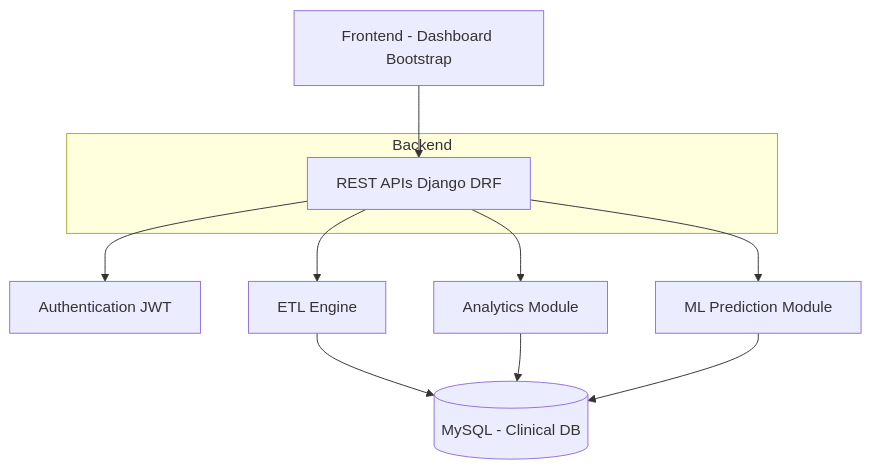
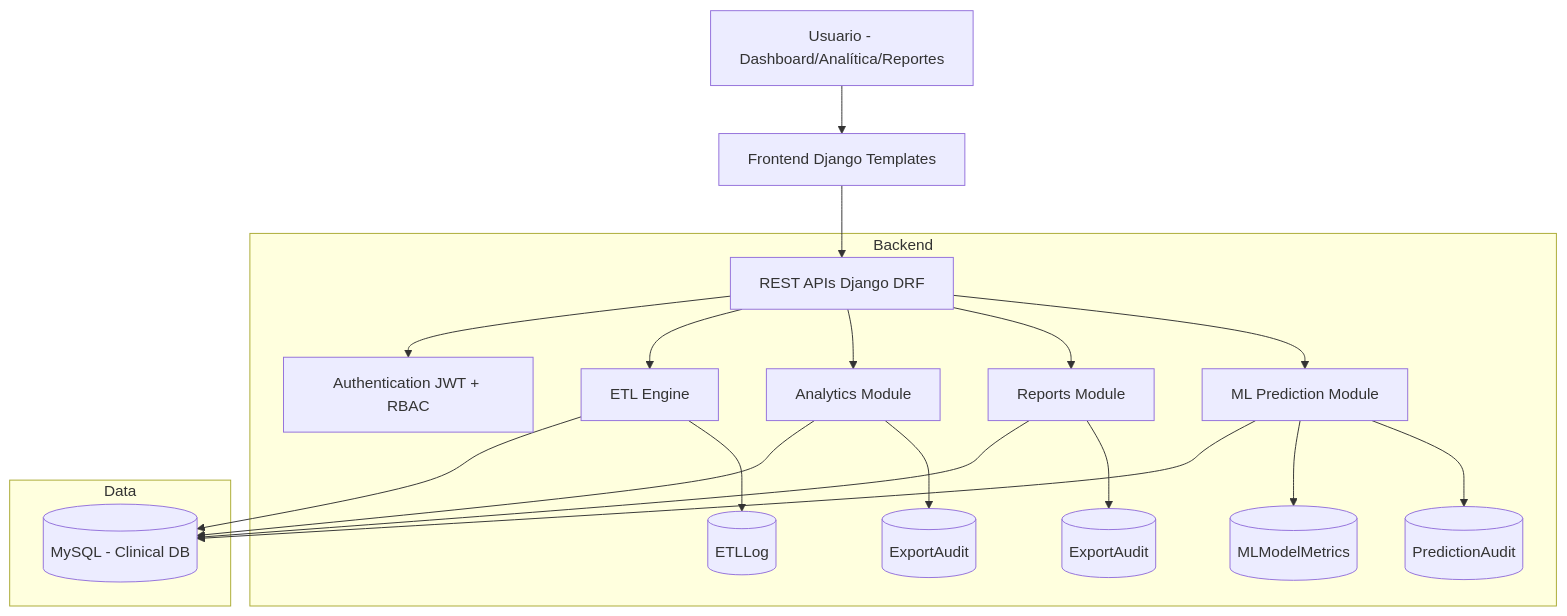
One commit to BrachoDB/ETL-HealthAnalyticsIPS changed the diagram in docs/diagrams/arquitectura_sistema.md. Above: the diagram before and after it, drawn with Mermaid. The commit also changed 9 other files, not shown here.

````diff
--- a/docs/diagrams/arquitectura_sistema.md
+++ b/docs/diagrams/arquitectura_sistema.md
@@ -1,14 +1,39 @@
 ```mermaid
 graph TD
-    A[Frontend - Dashboard Bootstrap] --> B[REST APIs Django DRF]
-    B --> C[Authentication JWT]
-    B --> D[ETL Engine]
-    B --> E[Analytics Module]
-    B --> F[ML Prediction Module]
-    D --> G[(MySQL - Clinical DB)]
-    E --> G
-    F --> G
+    U[Usuario - Dashboard/Analítica/Reportes] --> F[Frontend Django Templates]
+    F --> J[REST APIs Django DRF]
+    J --> A[Authentication JWT + RBAC]
+    J --> E[ETL Engine]
+    J --> AN[Analytics Module]
+    J --> R[Reports Module]
+    J --> M[ML Prediction Module]
+
+    E --> DB[(MySQL - Clinical DB)]
+    AN --> DB
+    R --> DB
+    M --> DB
+
+    E --> LOG[(ETLLog)]
+    AN --> EXA[(ExportAudit)]
+    R --> EXR[(ExportAudit)]
+    M --> MLA[(MLModelMetrics)]
+    M --> PA[(PredictionAudit)]
+
     subgraph Backend
-    B
+        J
+        A
+        E
+        AN
+        R
+        M
+        LOG
+        EXA
+        EXR
+        MLA
+        PA
+    end
+
+    subgraph Data
+        DB
     end
 ```
````
